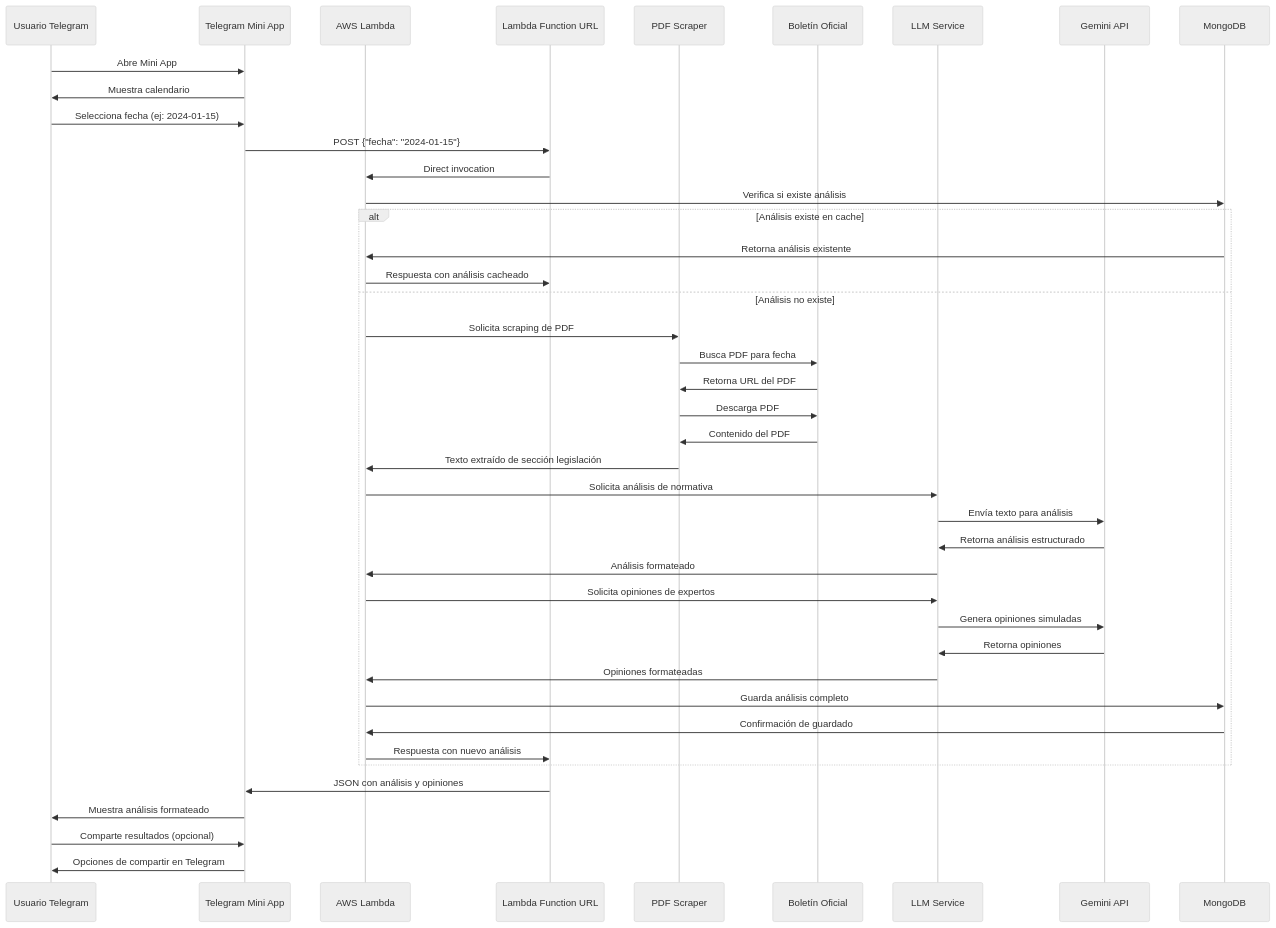
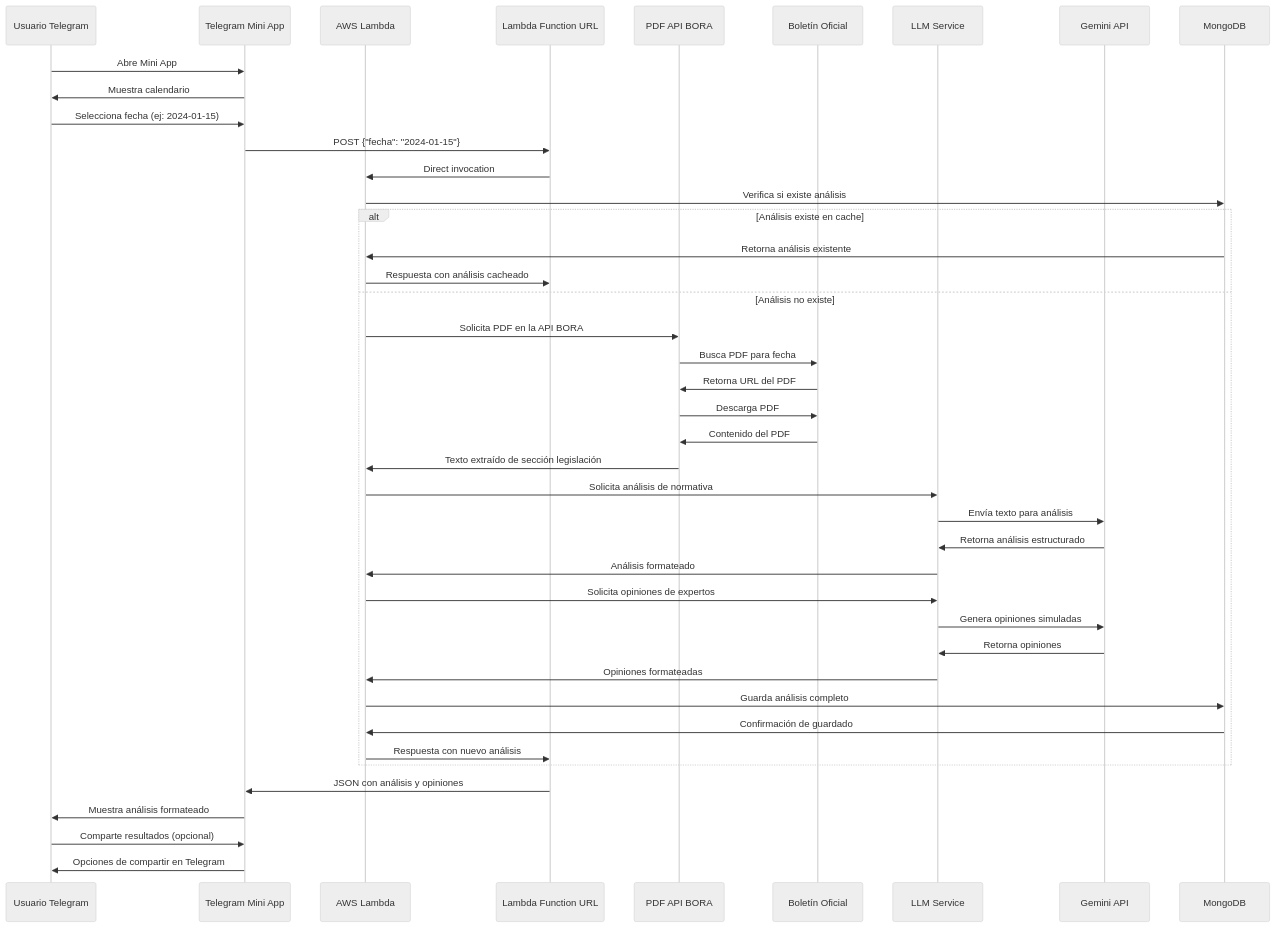
The second of 3 diagrams in arquitectura-completa.md (reinalau/boletin-oficial-app), drawn with Mermaid (neutral theme) before and after one commit. The commit also changed other lines of this file and 15 other files, not shown here.

````diff
--- a/arquitectura-completa.md
+++ b/arquitectura-completa.md
@@ -88,51 +88,51 @@
 ```mermaid
 sequenceDiagram
     participant U as Usuario Telegram
     participant T as Telegram Mini App
     participant L as AWS Lambda
     participant F as Lambda Function URL
-    participant S as PDF Scraper
+    participant S as PDF API BORA
     participant B as Boletín Oficial
     participant M as LLM Service
     participant G as Gemini API
     participant D as MongoDB
     
     U->>T: Abre Mini App
     T->>U: Muestra calendario
     U->>T: Selecciona fecha (ej: 2024-01-15)
     
     T->>F: POST {"fecha": "2024-01-15"}
     F->>L: Direct invocation
     
     L->>D: Verifica si existe análisis
     alt Análisis existe en cache
         D->>L: Retorna análisis existente
         L->>F: Respuesta con análisis cacheado
     else Análisis no existe
-        L->>S: Solicita scraping de PDF
+        L->>S: Solicita PDF en la API BORA
         S->>B: Busca PDF para fecha
         B->>S: Retorna URL del PDF
         S->>B: Descarga PDF
         B->>S: Contenido del PDF
         S->>L: Texto extraído de sección legislación
         
         L->>M: Solicita análisis de normativa
         M->>G: Envía texto para análisis
         G->>M: Retorna análisis estructurado
         M->>L: Análisis formateado
         
         L->>M: Solicita opiniones de expertos
         M->>G: Genera opiniones simuladas
         G->>M: Retorna opiniones
         M->>L: Opiniones formateadas
         
         L->>D: Guarda análisis completo
         D->>L: Confirmación de guardado
         L->>F: Respuesta con nuevo análisis
     end
     
     F->>T: JSON con análisis y opiniones
     T->>U: Muestra análisis formateado
     U->>T: Comparte resultados (opcional)
     T->>U: Opciones de compartir en Telegram
 ```
````
